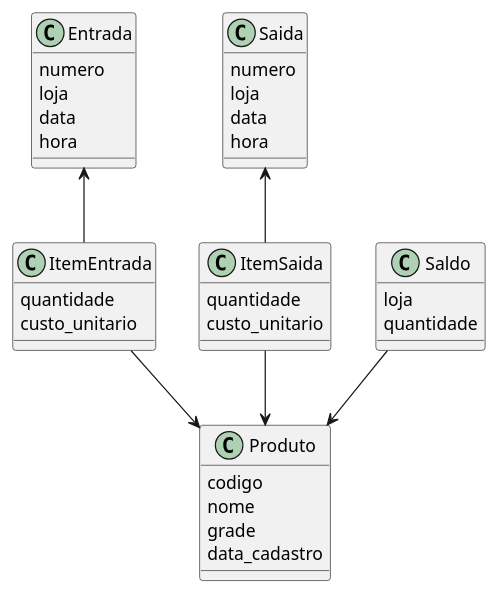
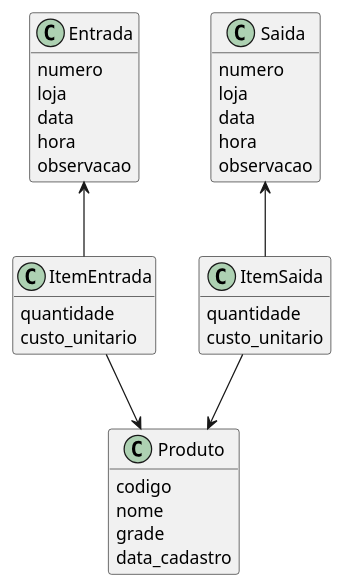
One commit to ivaneyvieira/engEstoque-Archive changed the diagram in diagramas/modelo.puml. Above: the diagram before and after it, drawn with PlantUML. The commit also changed 1 other file, not shown here.

```diff
--- a/diagramas/modelo.puml
+++ b/diagramas/modelo.puml
@@ -1,43 +1,46 @@
 @startuml modelo
+hide methods
+
 class Produto{
 	codigo
 	nome
 	grade
 	data_cadastro
 }
 
 class ItemEntrada{
 	quantidade
 	custo_unitario
 }
 
 class Entrada{
 	numero
 	loja
 	data
 	hora
+	observacao
 }
 
 class ItemSaida{
 	quantidade
 	custo_unitario
 }
 
 class Saida{
 	numero
 	loja
 	data
 	hora
+	observacao
 }
 
-class Saldo{
-	loja
-	quantidade
-}
 
-Entrada			<-- ItemEntrada
-Saida				<-- ItemSaida
+
+Entrada		<--	ItemEntrada
+Saida		<-- 	ItemSaida
 ItemEntrada	-->	Produto
-ItemSaida		-->	Produto
-Saldo				-->	Produto
+ItemSaida	-->	Produto
+
+
+
 @enduml
```
